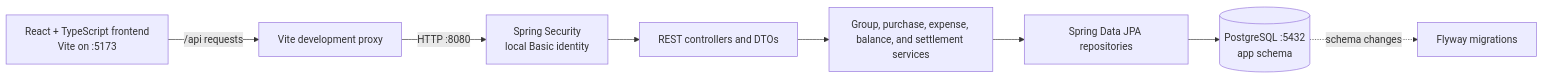
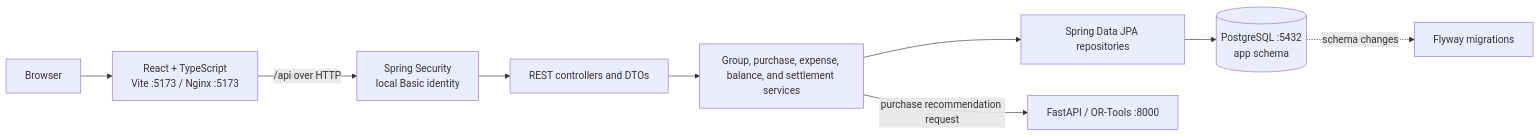
The first of 4 diagrams in docs/architecture.md (disnithaa/Paisa-Vasool), drawn with Mermaid before and after one commit. The commit also changed other lines of this file and 7 other files, not shown here.

````diff
--- a/docs/architecture.md
+++ b/docs/architecture.md
@@ -3,10 +3,11 @@
 ```mermaid
 flowchart LR
-    Browser[React + TypeScript frontend\nVite on :5173] -->|/api requests| Proxy[Vite development proxy]
-    Proxy -->|HTTP :8080| Security[Spring Security\nlocal Basic identity]
+    Browser[Browser] --> Frontend[React + TypeScript\nVite :5173 / Nginx :5173]
+    Frontend -->|/api over HTTP| Security[Spring Security\nlocal Basic identity]
     Security --> API[REST controllers and DTOs]
     API --> Services[Group and purchase services\ntransactions and business rules]
     Services[Group, purchase, expense, balance, and settlement services] --> Repositories[Spring Data JPA repositories]
     Repositories --> DB[(PostgreSQL :5432\napp schema)]
     DB -. schema changes .-> Flyway[Flyway migrations]
+    Services -->|purchase recommendation request| Optimizer[FastAPI / OR-Tools :8000]
 ```
````
